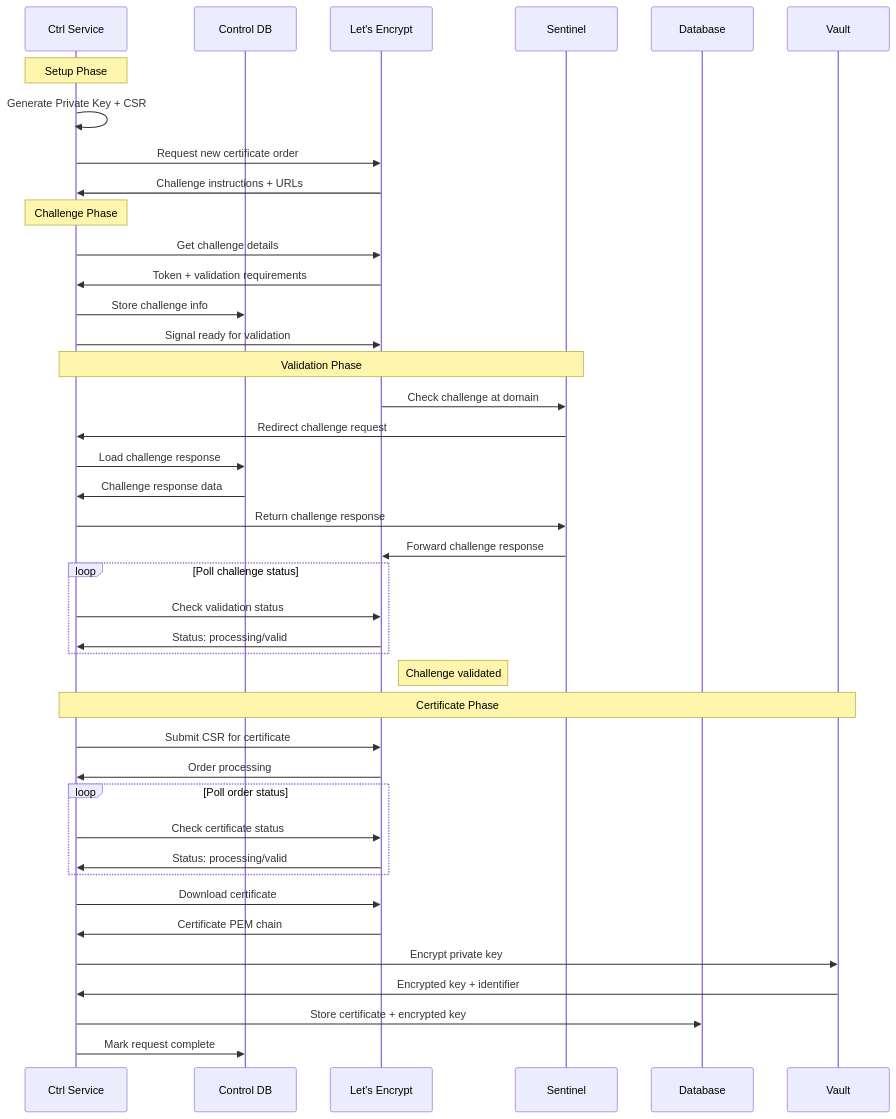
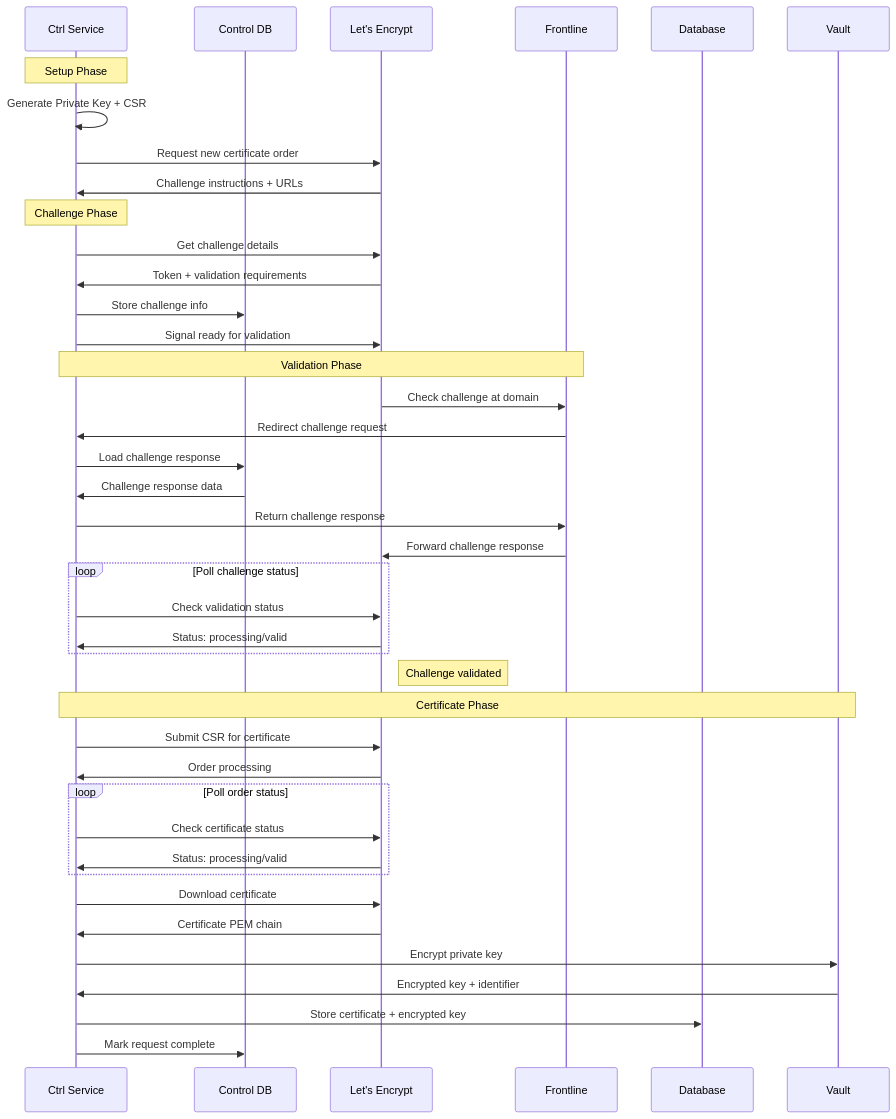
One commit to unkeyed/unkey changed the diagram in docs/engineering/architecture/rfcs/0013-custom-domains.mdx. Above: the diagram before and after it, drawn with Mermaid. The commit also changed other lines of this file and 200 other files, not shown here.

````diff
--- a/docs/engineering/architecture/rfcs/0013-custom-domains.mdx
+++ b/docs/engineering/architecture/rfcs/0013-custom-domains.mdx
@@ -399,51 +399,51 @@
 ```mermaid
 sequenceDiagram
     participant CS as Ctrl Service
     participant CD as Control DB
     participant LE as Let's Encrypt
-    participant GW as Sentinel
+    participant GW as Frontline
     participant DD as Database
     participant V as Vault
 
     Note over CS: Setup Phase
     CS->>CS: Generate Private Key + CSR
     CS->>LE: Request new certificate order
     LE->>CS: Challenge instructions + URLs
 
     Note over CS: Challenge Phase
     CS->>LE: Get challenge details
     LE->>CS: Token + validation requirements
     CS->>CD: Store challenge info
     CS->>LE: Signal ready for validation
 
     Note over CS,GW: Validation Phase
     LE->>GW: Check challenge at domain
     GW->>CS: Redirect challenge request
     CS->>CD: Load challenge response
     CD->>CS: Challenge response data
     CS->>GW: Return challenge response
     GW->>LE: Forward challenge response
 
     loop Poll challenge status
       CS->>LE: Check validation status
       LE->>CS: Status: processing/valid
     end
     Note right of LE: Challenge validated
 
     Note over CS,V: Certificate Phase
     CS->>LE: Submit CSR for certificate
     LE->>CS: Order processing
 
     loop Poll order status
       CS->>LE: Check certificate status
       LE->>CS: Status: processing/valid
     end
 
     CS->>LE: Download certificate
     LE->>CS: Certificate PEM chain
 
     CS->>V: Encrypt private key
     V->>CS: Encrypted key + identifier
     CS->>DD: Store certificate + encrypted key
     CS->>CD: Mark request complete
 ```
````
